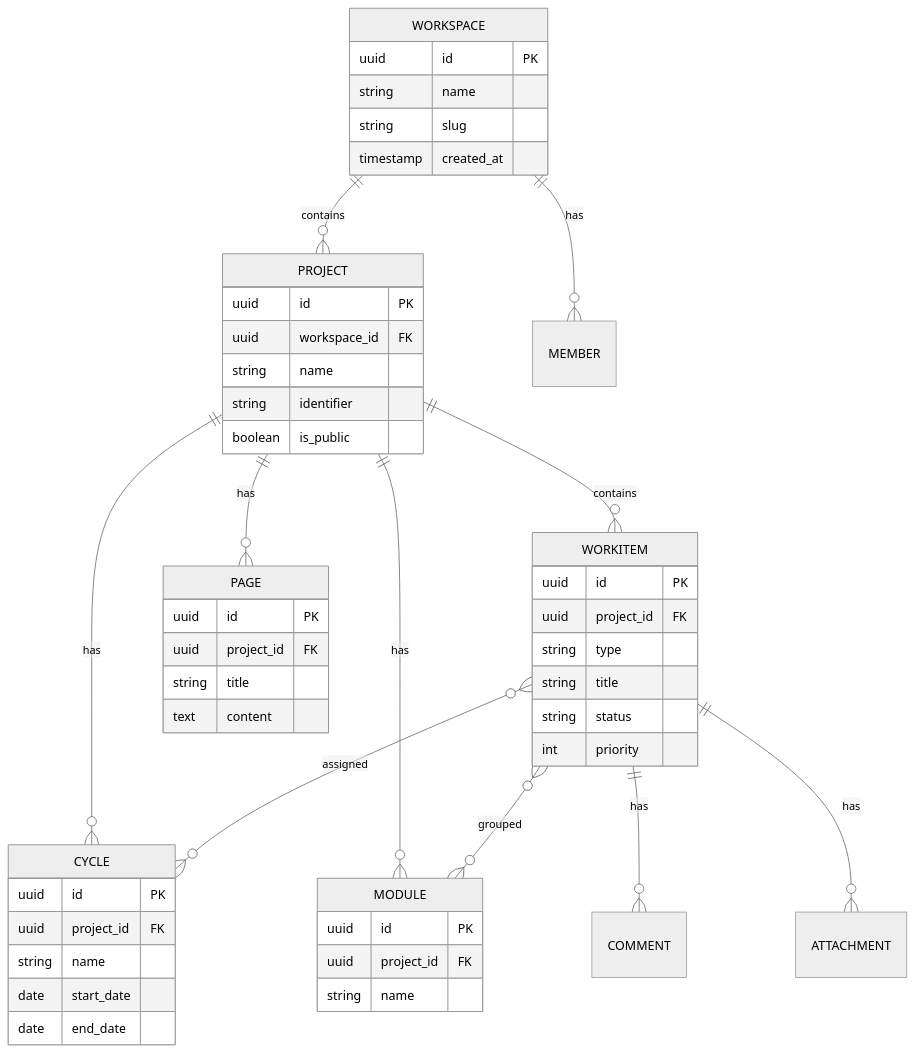
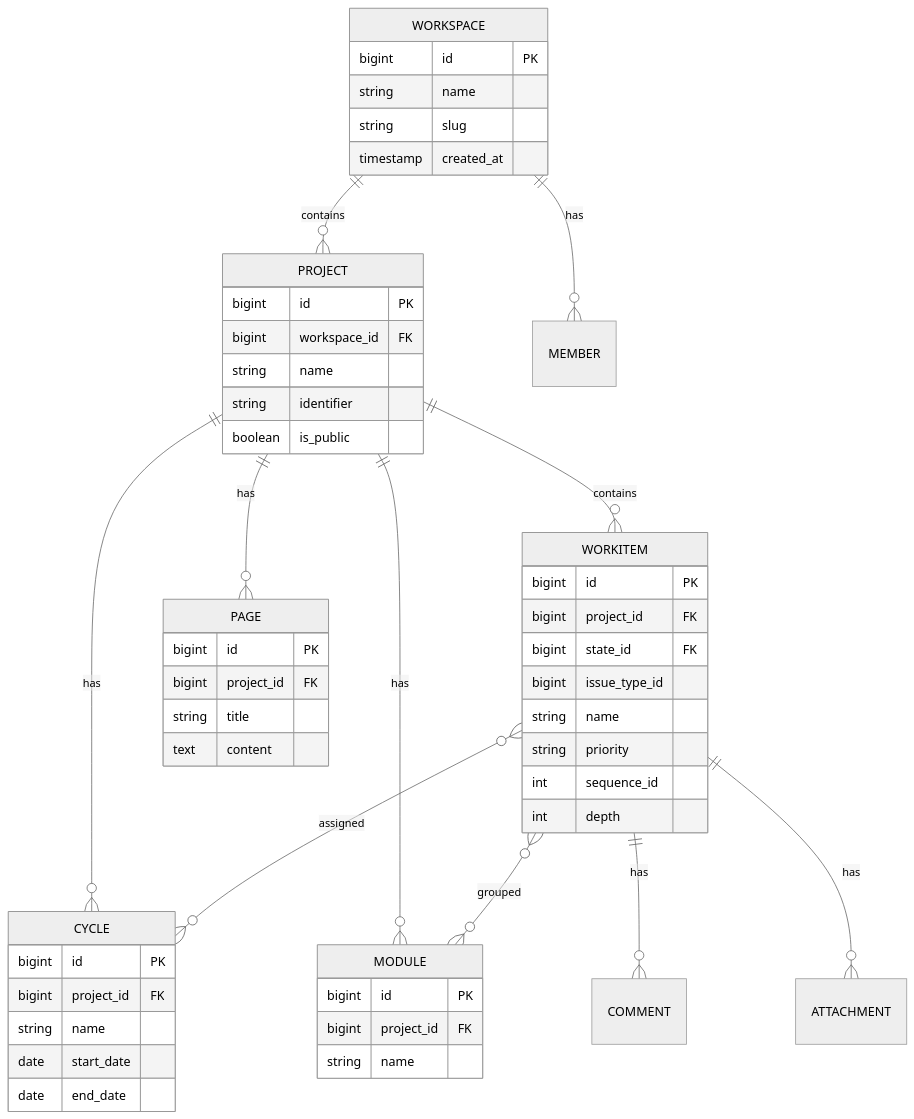
One commit to vinthuy/reqmango changed the tenth of 10 diagrams in docs/kb/PRD.md. Above: the diagram before and after it, drawn with Mermaid (neutral theme). The commit also changed other lines of this file and 2 other files, not shown here.

````diff
--- a/docs/kb/PRD.md
+++ b/docs/kb/PRD.md
@@ -663,58 +629,60 @@
 ```mermaid
 erDiagram
     WORKSPACE ||--o{ PROJECT : contains
     WORKSPACE ||--o{ MEMBER : has
     PROJECT ||--o{ WORKITEM : contains
     PROJECT ||--o{ CYCLE : has
     PROJECT ||--o{ MODULE : has
     PROJECT ||--o{ PAGE : has
     WORKITEM }o--o{ CYCLE : assigned
     WORKITEM }o--o{ MODULE : grouped
     WORKITEM ||--o{ COMMENT : has
     WORKITEM ||--o{ ATTACHMENT : has
-    
+
     WORKSPACE {
-        uuid id PK
+        bigint id PK
         string name
         string slug
         timestamp created_at
     }
-    
+
     PROJECT {
-        uuid id PK
-        uuid workspace_id FK
+        bigint id PK
+        bigint workspace_id FK
         string name
         string identifier
         boolean is_public
     }
-    
+
     WORKITEM {
-        uuid id PK
-        uuid project_id FK
-        string type
-        string title
-        string status
-        int priority
+        bigint id PK
+        bigint project_id FK
+        bigint state_id FK
+        bigint issue_type_id
+        string name
+        string priority
+        int sequence_id
+        int depth
     }
-    
+
     CYCLE {
-        uuid id PK
-        uuid project_id FK
+        bigint id PK
+        bigint project_id FK
         string name
         date start_date
         date end_date
     }
-    
+
     MODULE {
-        uuid id PK
-        uuid project_id FK
+        bigint id PK
+        bigint project_id FK
         string name
     }
-    
+
     PAGE {
-        uuid id PK
-        uuid project_id FK
+        bigint id PK
+        bigint project_id FK
         string title
         text content
     }
 ```
````
